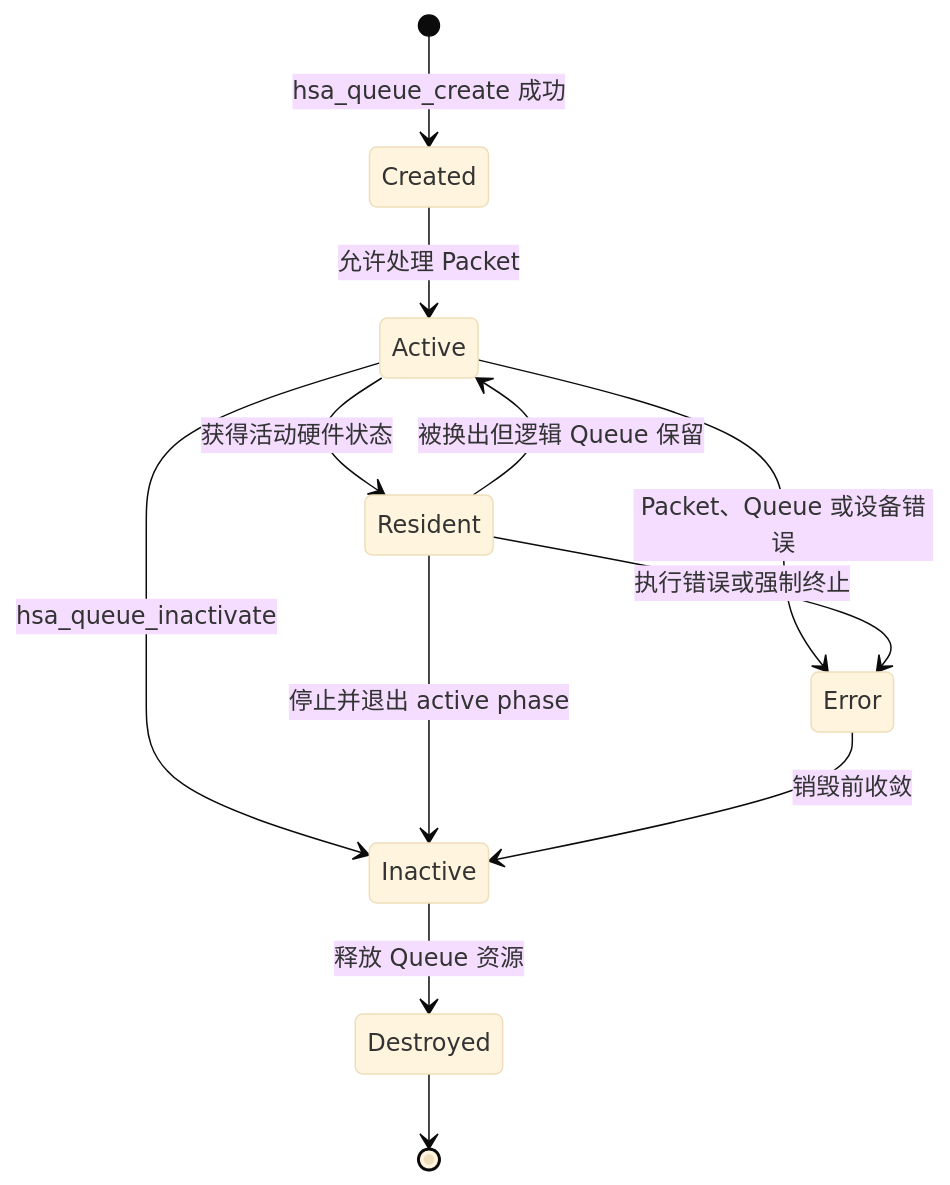
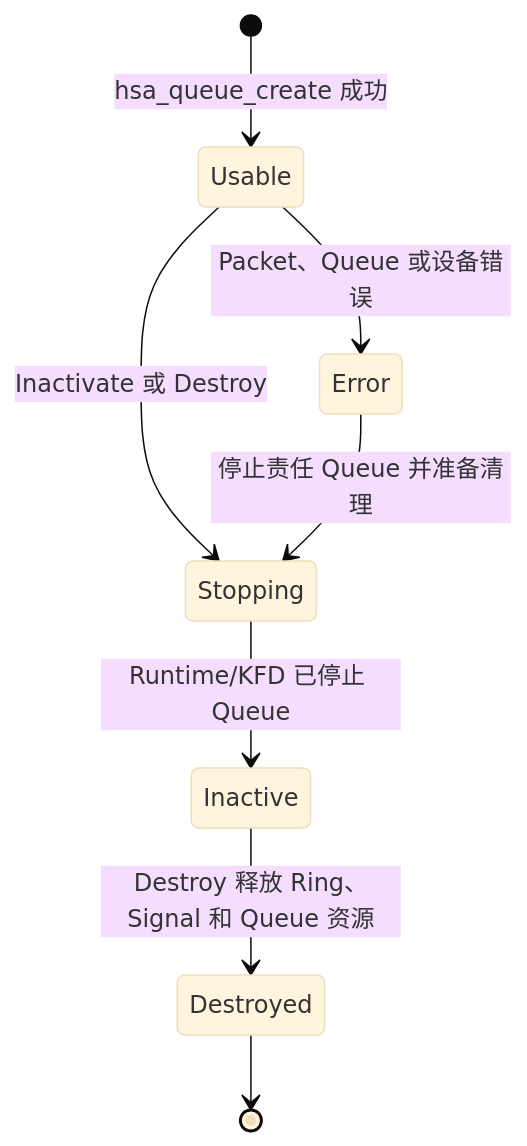
The fifth of 8 diagrams in 03_AMD GPU 队列与 AQL Dispatch.md (hxfei-git/gpu-study), drawn with Mermaid (base theme) before and after one commit. The commit also changed other lines of this file and 1 other file, not shown here.

Commit message:
docs(queue): clarify creation, residency, and lifecycle

````diff
--- a/03_AMD GPU 队列与 AQL Dispatch.md
+++ b/03_AMD GPU 队列与 AQL Dispatch.md
@@ -3619,14 +4145,10 @@
 ```mermaid
 stateDiagram-v2
-    [*] --> Created: hsa_queue_create 成功
-    Created --> Active: 允许处理 Packet
-    Active --> Resident: 获得活动硬件状态
-    Resident --> Active: 被换出但逻辑 Queue 保留
-    Active --> Error: Packet、Queue 或设备错误
-    Resident --> Error: 执行错误或强制终止
-    Active --> Inactive: hsa_queue_inactivate
-    Resident --> Inactive: 停止并退出 active phase
-    Error --> Inactive: 销毁前收敛
-    Inactive --> Destroyed: 释放 Queue 资源
+    [*] --> Usable: hsa_queue_create 成功
+    Usable --> Error: Packet、Queue 或设备错误
+    Usable --> Stopping: Inactivate 或 Destroy
+    Error --> Stopping: 停止责任 Queue 并准备清理
+    Stopping --> Inactive: Runtime/KFD 已停止 Queue
+    Inactive --> Destroyed: Destroy 释放 Ring、Signal 和 Queue 资源
     Destroyed --> [*]
 ```
````
